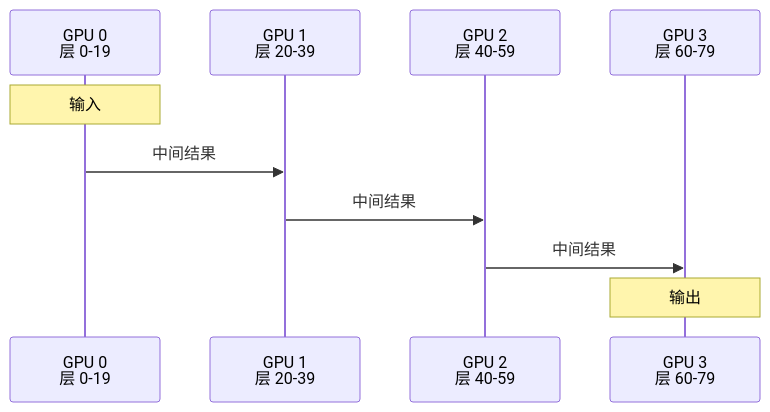
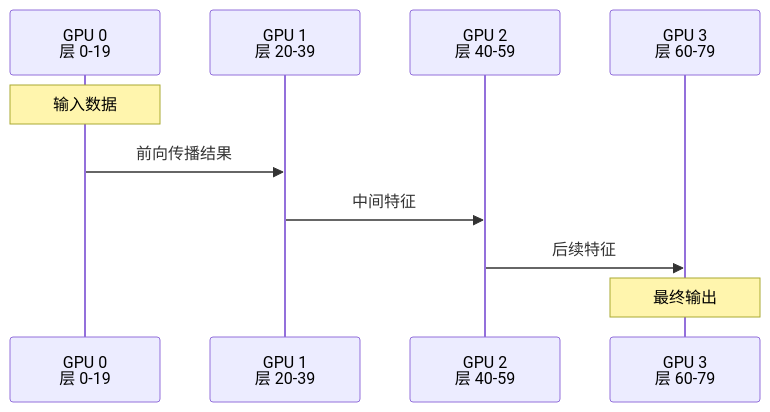
One commit to Xunzhuo/mini-sglang changed the fourth of 5 diagrams in learning/website/docs/basics/19-distributed-inference.md. Above: the diagram before and after it, drawn with Mermaid. The commit also changed other lines of this file and 23 other files, not shown here.

````diff
--- a/learning/website/docs/basics/19-distributed-inference.md
+++ b/learning/website/docs/basics/19-distributed-inference.md
@@ -239,13 +223,13 @@
 ```mermaid
 sequenceDiagram
     participant GPU0 as GPU 0<br>层 0-19
     participant GPU1 as GPU 1<br>层 20-39
     participant GPU2 as GPU 2<br>层 40-59
     participant GPU3 as GPU 3<br>层 60-79
     
-    Note over GPU0: 输入
-    GPU0->>GPU1: 中间结果
-    GPU1->>GPU2: 中间结果
-    GPU2->>GPU3: 中间结果
-    Note over GPU3: 输出
+    Note over GPU0: 输入数据
+    GPU0->>GPU1: 前向传播结果
+    GPU1->>GPU2: 中间特征
+    GPU2->>GPU3: 后续特征
+    Note over GPU3: 最终输出
 ```
````
